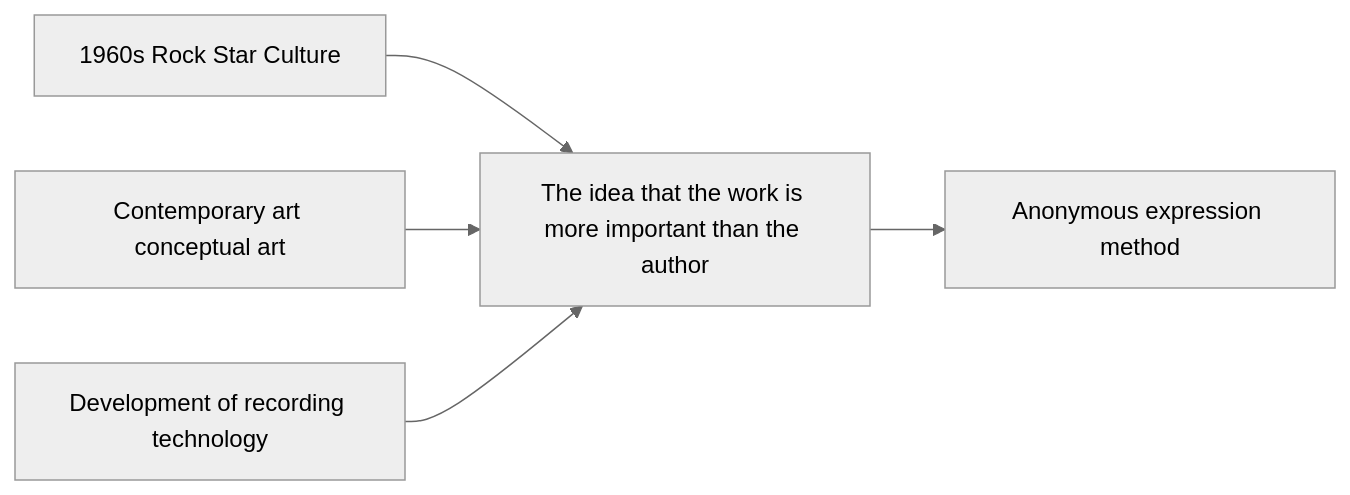
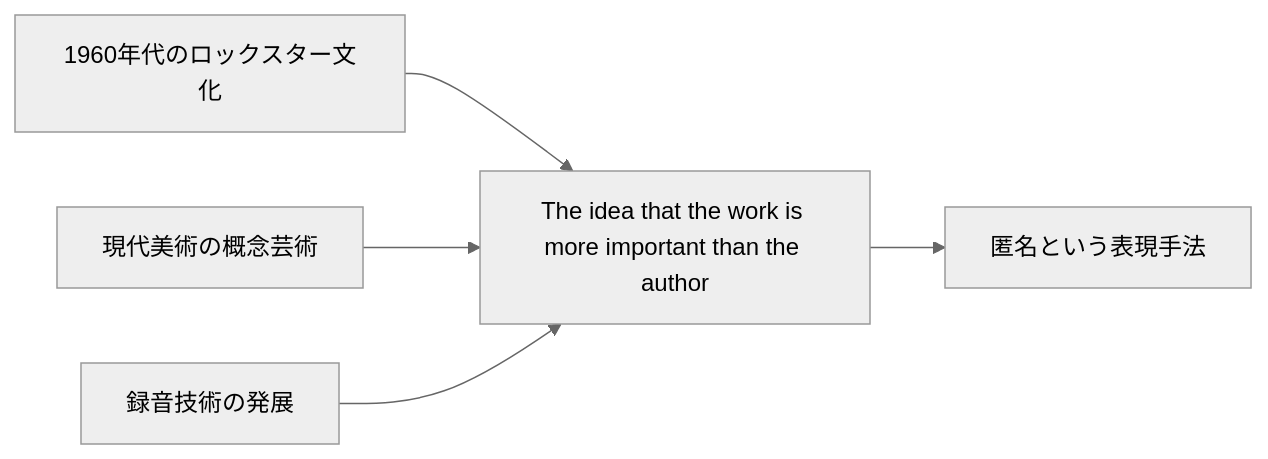
The first of 17 diagrams in en/_posts/2026-07-06-column-angine-de-poitrine-the-residents.md (monumental-movement/monumental-movement.github.io), drawn with Mermaid (neutral theme) before and after one commit. The commit also changed other lines of this file and 2196 other files, not shown here.

```diff
--- a/en/_posts/2026-07-06-column-angine-de-poitrine-the-residents.md
+++ b/en/_posts/2026-07-06-column-angine-de-poitrine-the-residents.md
@@ -130,15 +129,15 @@
 <div class="mermaid">
 flowchart LR
 
-A["1960s Rock Star Culture"]
-B["Contemporary art conceptual art"]
-C["Development of recording technology"]
+A["1960年代のロックスター文化"]
+B["現代美術の概念芸術"]
+C["録音技術の発展"]
 D["The idea that the work is more important than the author"]
-E["Anonymous expression method"]
+E["匿名という表現手法"]
 
 A --> D
 B --> D
 C --> D
 D --> E
 
 </div>
```
